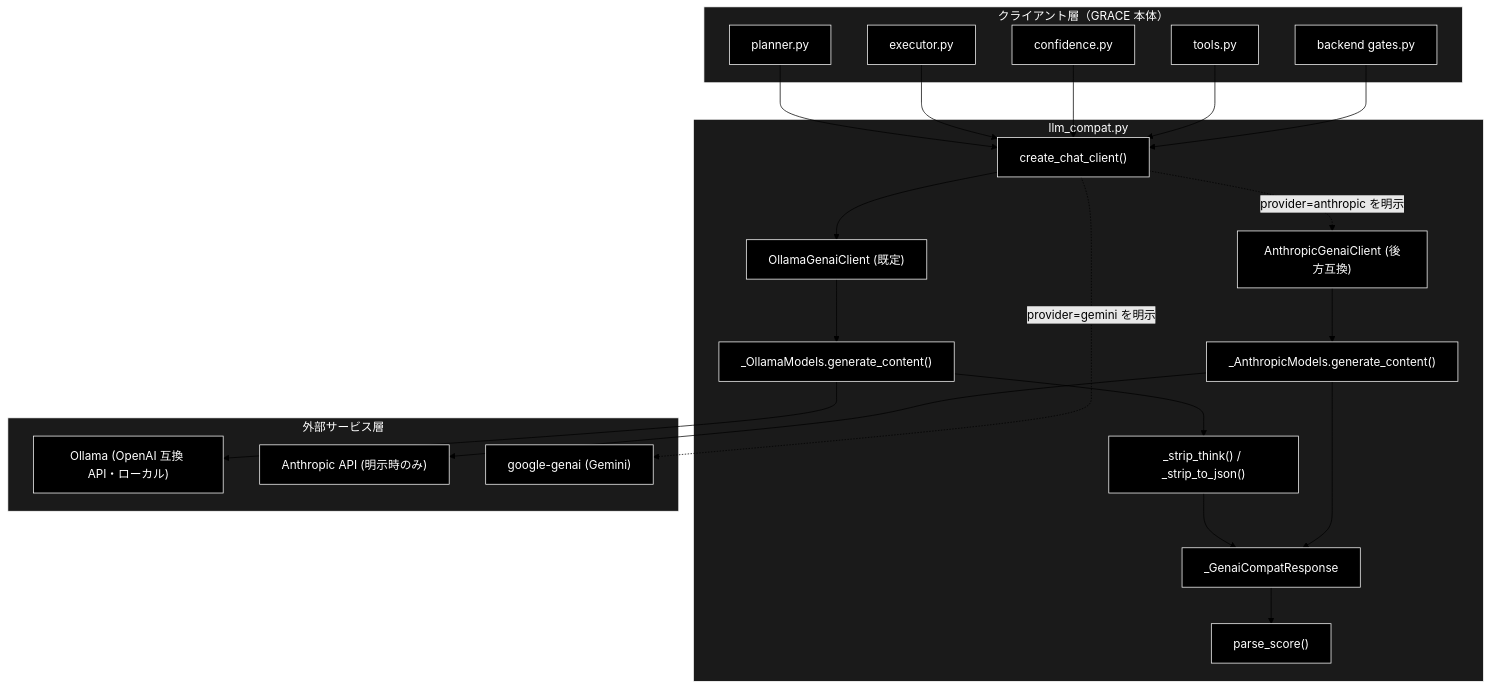
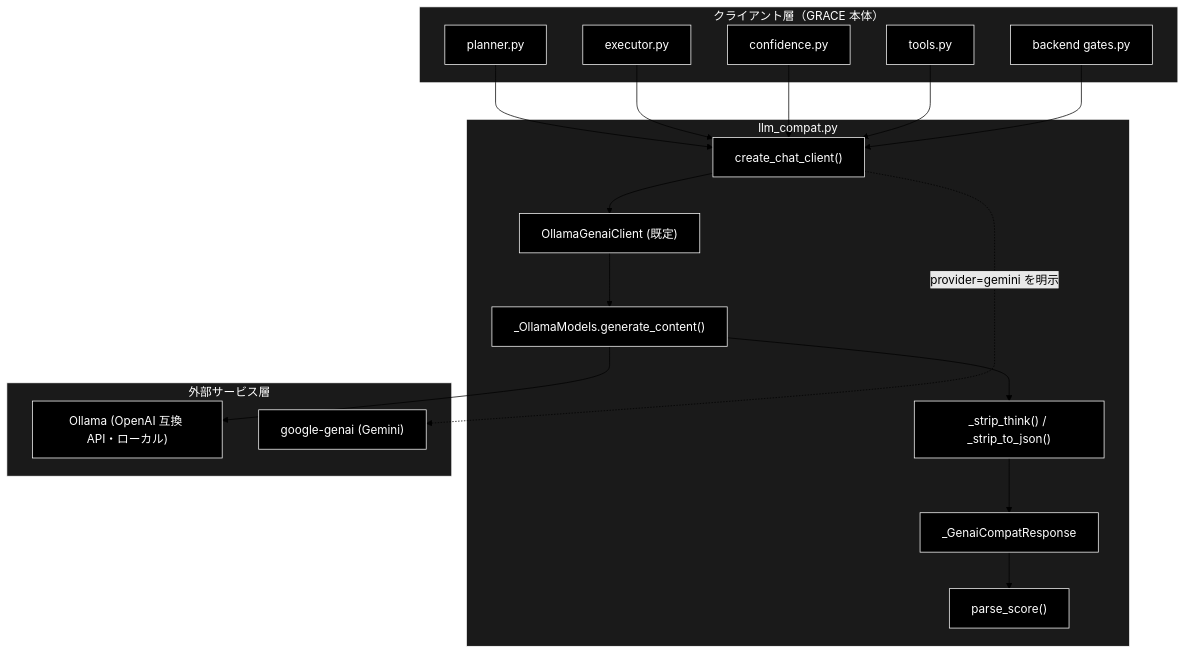
One commit to nakashima2toshio/grace_v2_local changed the first of 3 diagrams in grace/docs/llm_compat.md. Above: the diagram before and after it, drawn with Mermaid (forest theme). The commit also changed other lines of this file and 26 other files, not shown here.

````diff
--- a/grace/docs/llm_compat.md
+++ b/grace/docs/llm_compat.md
@@ -94,50 +88,43 @@
 ```mermaid
 flowchart TB
     subgraph CLIENT["クライアント層（GRACE 本体）"]
         PLANNER["planner.py"]
         EXECUTOR["executor.py"]
         CONFIDENCE["confidence.py"]
         TOOLS["tools.py"]
         GATES["backend gates.py"]
     end
 
     subgraph MODULE["llm_compat.py"]
         FACTORY["create_chat_client()"]
         OCLIENT["OllamaGenaiClient (既定)"]
         OMODELS["_OllamaModels.generate_content()"]
-        ACLIENT["AnthropicGenaiClient (後方互換)"]
-        AMODELS["_AnthropicModels.generate_content()"]
         STRIP["_strip_think() / _strip_to_json()"]
         RESP["_GenaiCompatResponse"]
         SCORE["parse_score()"]
     end
 
     subgraph EXTERNAL["外部サービス層"]
         OLLAMA["Ollama (OpenAI 互換 API・ローカル)"]
-        ANTHROPIC["Anthropic API (明示時のみ)"]
         GENAI["google-genai (Gemini)"]
     end
 
     PLANNER --> FACTORY
     EXECUTOR --> FACTORY
     CONFIDENCE --> FACTORY
     TOOLS --> FACTORY
     GATES --> FACTORY
     FACTORY --> OCLIENT
-    FACTORY -.->|"provider=anthropic を明示"| ACLIENT
     FACTORY -.->|"provider=gemini を明示"| GENAI
     OCLIENT --> OMODELS
     OMODELS --> OLLAMA
     OMODELS --> STRIP
     STRIP --> RESP
-    ACLIENT --> AMODELS
-    AMODELS --> ANTHROPIC
-    AMODELS --> RESP
     RESP --> SCORE
 classDef default fill:#000,stroke:#fff,color:#fff
 classDef subgraphStyle fill:#1a1a1a,stroke:#fff,color:#fff
-class PLANNER,EXECUTOR,CONFIDENCE,TOOLS,GATES,FACTORY,OCLIENT,OMODELS,ACLIENT,AMODELS,STRIP,RESP,SCORE,OLLAMA,ANTHROPIC,GENAI default
+class PLANNER,EXECUTOR,CONFIDENCE,TOOLS,GATES,FACTORY,OCLIENT,OMODELS,STRIP,RESP,SCORE,OLLAMA,GENAI default
 style CLIENT fill:#1a1a1a,stroke:#fff,color:#fff
 style MODULE fill:#1a1a1a,stroke:#fff,color:#fff
 style EXTERNAL fill:#1a1a1a,stroke:#fff,color:#fff
 ```
````
